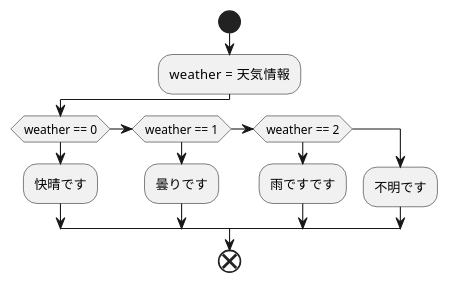
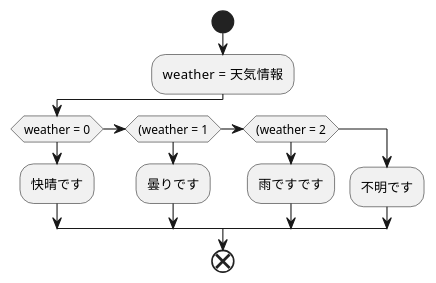
The diagram in kadai3.md (Aso2001392/2021sys-design), drawn with PlantUML before and after one commit.

````diff
--- a/kadai3.md
+++ b/kadai3.md
@@ -1,20 +1,20 @@
 ```uml
 
 @startuml
 start
 :weather  = 天気情報;
 
-if(weather == 0)
+if(weather = 0)
 :快晴です;
-else if(weather == 1)
+else if((weather = 1)
 :曇りです;
-else if(weather == 2)
+else if((weather = 2)
 :雨ですです;
 else
 :不明です;
 endif
 
 end
 @enduml
 
 ```
````
